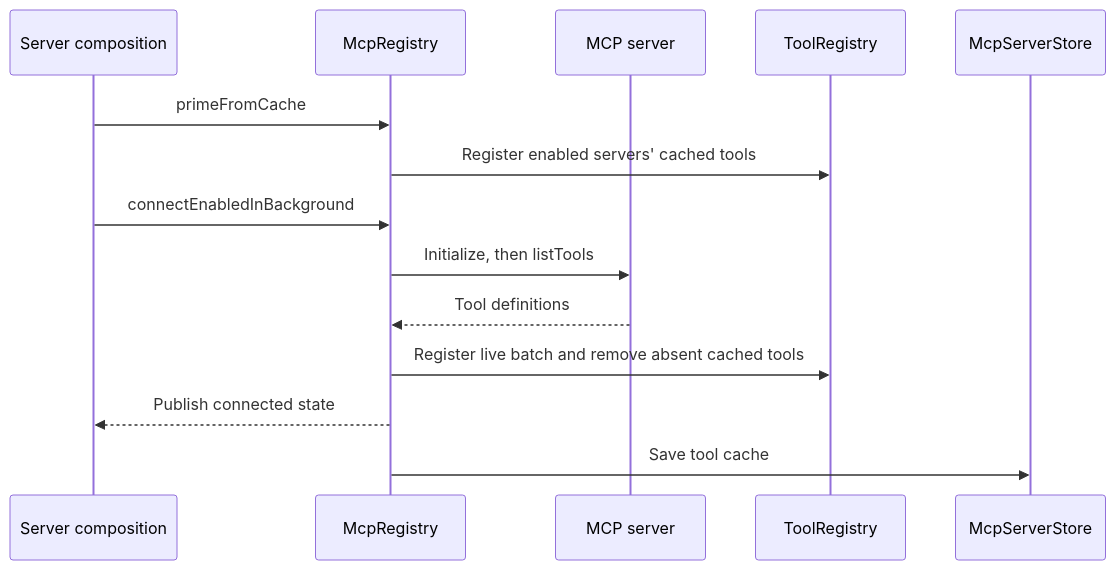
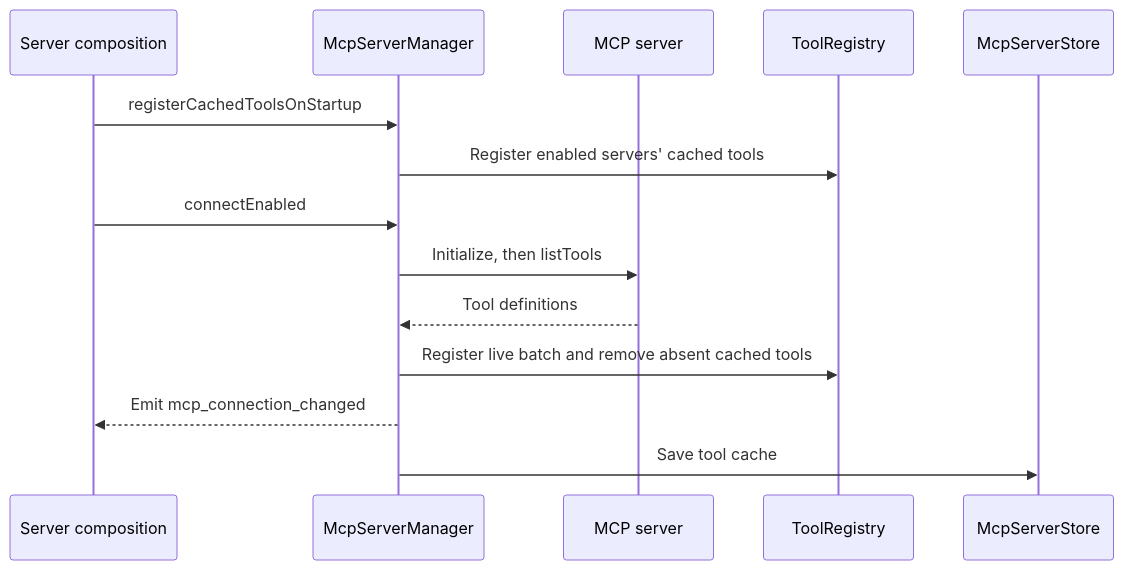
Before and after one commit to chengyuZou/EmaAgent: the diagram in src/mcp/README.md, drawn with Mermaid. The commit also changed other lines of this file and 26 other files, not shown here.

First line of the commit message:
feat: add OAuth integration tests for McpServerManager and improve credential handling

````diff
--- a/src/mcp/README.md
+++ b/src/mcp/README.md
@@ -34,16 +34,16 @@
 ```mermaid
 sequenceDiagram
     participant Host as Server composition
-    participant Registry as McpRegistry
+    participant Manager as McpServerManager
     participant Remote as MCP server
     participant Tools as ToolRegistry
     participant Store as McpServerStore
-    Host->>Registry: primeFromCache
-    Registry->>Tools: Register enabled servers' cached tools
-    Host->>Registry: connectEnabledInBackground
-    Registry->>Remote: Initialize, then listTools
-    Remote-->>Registry: Tool definitions
-    Registry->>Tools: Register live batch and remove absent cached tools
-    Registry-->>Host: Publish connected state
-    Registry->>Store: Save tool cache
+    Host->>Manager: registerCachedToolsOnStartup
+    Manager->>Tools: Register enabled servers' cached tools
+    Host->>Manager: connectEnabled
+    Manager->>Remote: Initialize, then listTools
+    Remote-->>Manager: Tool definitions
+    Manager->>Tools: Register live batch and remove absent cached tools
+    Manager-->>Host: Emit mcp_connection_changed
+    Manager->>Store: Save tool cache
 ```
````
